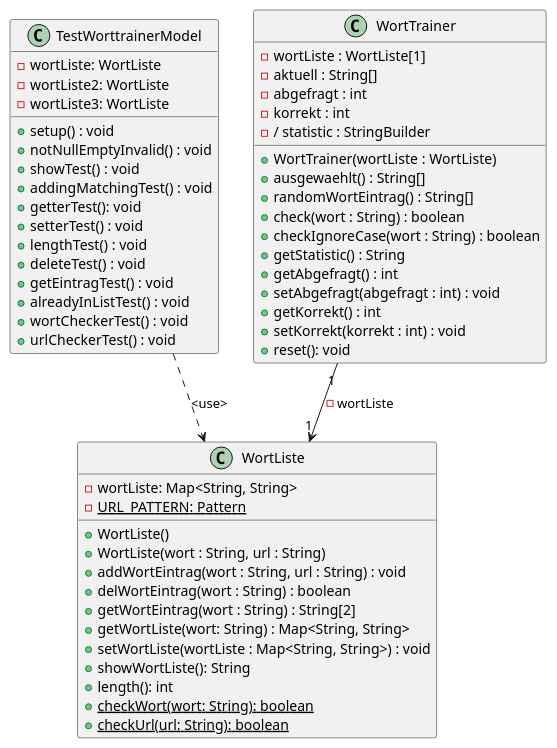
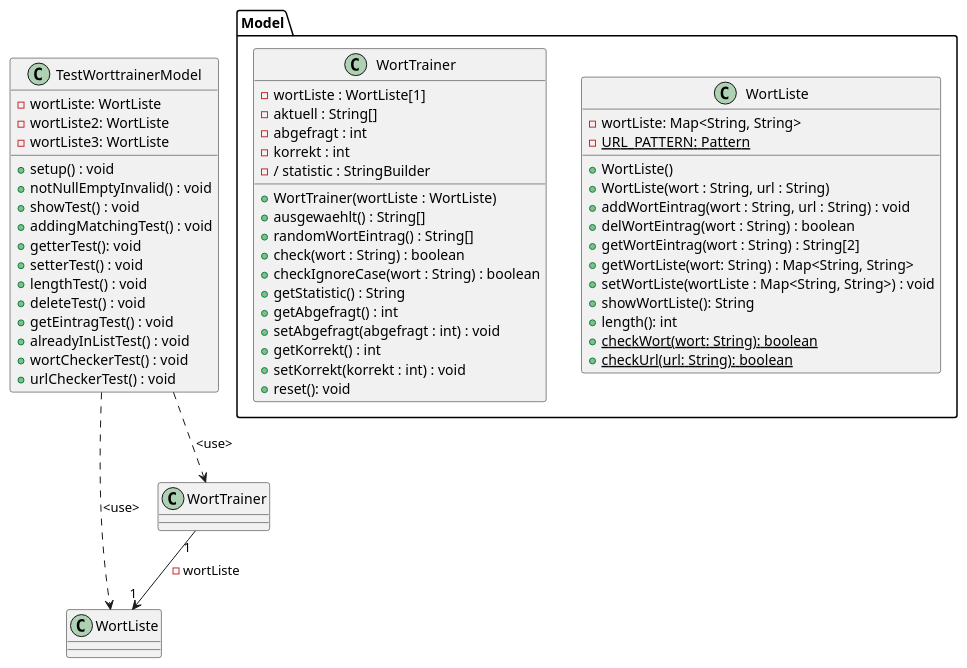
Before and after one commit to TGM-HIT/sew9-2425-worttrainer-Batscho: the diagram in src/main/resources/Worttrainer Reloaded.puml, drawn with PlantUML. The commit also changed 1 other file, not shown here.

Commit message:
[GK] Worttrainer Reloaded Commit 27: Es wurde das UML noch leicht optimiert und die Zugriffsmodifikatoren wurden erstellt für die Attribute gefragt und korrekt.

```diff
--- a/src/main/resources/Worttrainer Reloaded.puml
+++ b/src/main/resources/Worttrainer Reloaded.puml
@@ -1,60 +1,64 @@
 @startuml
 'https://plantuml.com/class-diagram
 
 TestWorttrainerModel ..> WortListe : <use>
+TestWorttrainerModel ..> WortTrainer : <use>
 WortTrainer "1" --> "1" WortListe : - wortListe
 
+package Model {
 class WortListe {
 - wortListe: Map<String, String>
 - {static} URL_PATTERN: Pattern
 + WortListe()
 + WortListe(wort : String, url : String)
 + addWortEintrag(wort : String, url : String) : void
 + delWortEintrag(wort : String) : boolean
 + getWortEintrag(wort : String) : String[2]
 + getWortListe(wort: String) : Map<String, String>
 + setWortListe(wortListe : Map<String, String>) : void
 + showWortListe(): String
 + length(): int
 + {static} checkWort(wort: String): boolean
 + {static} checkUrl(url: String): boolean
-}
-
-class TestWorttrainerModel {
-- wortListe: WortListe
-- wortListe2: WortListe
-- wortListe3: WortListe
-+ setup() : void
-+ notNullEmptyInvalid() : void
-+ showTest() : void
-+ addingMatchingTest() : void
-+ getterTest(): void
-+ setterTest() : void
-+ lengthTest() : void
-+ deleteTest() : void
-+ getEintragTest() : void
-+ alreadyInListTest() : void
-+ wortCheckerTest() : void
-+ urlCheckerTest() : void
 }
 
 class WortTrainer {
 - wortListe : WortListe[1]
 - aktuell : String[]
 - abgefragt : int
 - korrekt : int
 - / statistic : StringBuilder
 + WortTrainer(wortListe : WortListe)
 + ausgewaehlt() : String[]
 + randomWortEintrag() : String[]
 + check(wort : String) : boolean
 + checkIgnoreCase(wort : String) : boolean
 + getStatistic() : String
 + getAbgefragt() : int
 + setAbgefragt(abgefragt : int) : void
 + getKorrekt() : int
 + setKorrekt(korrekt : int) : void
 + reset(): void
 }
+}
+
+
+class TestWorttrainerModel {
+- wortListe: WortListe
+- wortListe2: WortListe
+- wortListe3: WortListe
++ setup() : void
++ notNullEmptyInvalid() : void
++ showTest() : void
++ addingMatchingTest() : void
++ getterTest(): void
++ setterTest() : void
++ lengthTest() : void
++ deleteTest() : void
++ getEintragTest() : void
++ alreadyInListTest() : void
++ wortCheckerTest() : void
++ urlCheckerTest() : void
+}
 
 @enduml
```
